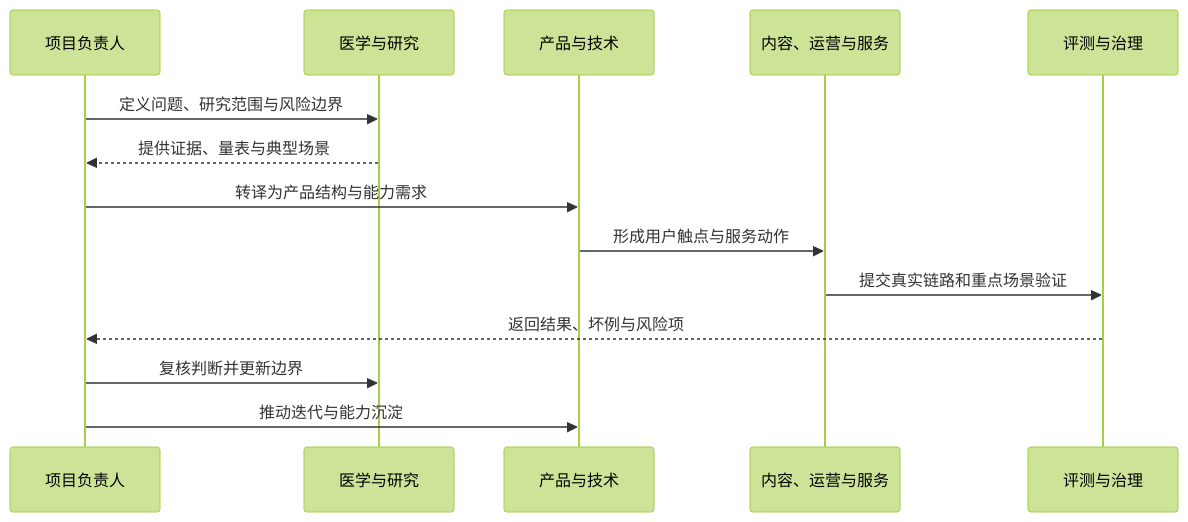
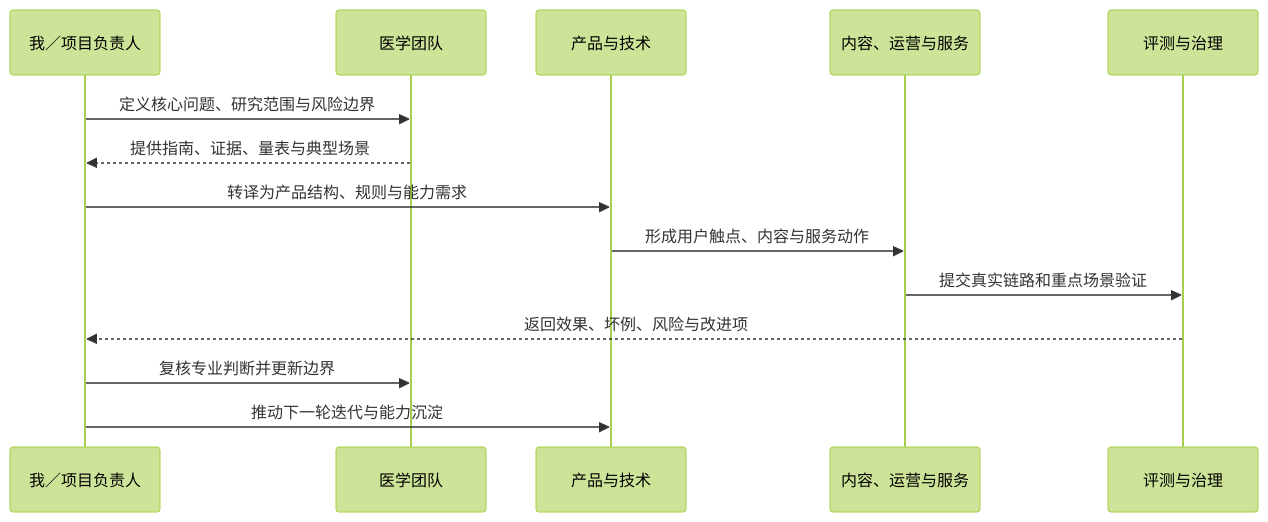
Before and after one commit to televgtamfe-coder/digital-health-care: the fifth of 6 diagrams in README.md, drawn with Mermaid (forest theme). The commit also changed other lines of this file, not shown here.

````diff
--- a/README.md
+++ b/README.md
@@ -146,17 +286,17 @@
 ```mermaid
 sequenceDiagram
-    participant Lead as 项目负责人
-    participant Med as 医学与研究
+    participant Lead as 我／项目负责人
+    participant Med as 医学团队
     participant Product as 产品与技术
     participant Service as 内容、运营与服务
     participant QA as 评测与治理
 
-    Lead->>Med: 定义问题、研究范围与风险边界
-    Med-->>Lead: 提供证据、量表与典型场景
-    Lead->>Product: 转译为产品结构与能力需求
-    Product->>Service: 形成用户触点与服务动作
+    Lead->>Med: 定义核心问题、研究范围与风险边界
+    Med-->>Lead: 提供指南、证据、量表与典型场景
+    Lead->>Product: 转译为产品结构、规则与能力需求
+    Product->>Service: 形成用户触点、内容与服务动作
     Service->>QA: 提交真实链路和重点场景验证
-    QA-->>Lead: 返回结果、坏例与风险项
-    Lead->>Med: 复核判断并更新边界
-    Lead->>Product: 推动迭代与能力沉淀
+    QA-->>Lead: 返回效果、坏例、风险与改进项
+    Lead->>Med: 复核专业判断并更新边界
+    Lead->>Product: 推动下一轮迭代与能力沉淀
 ```
````
